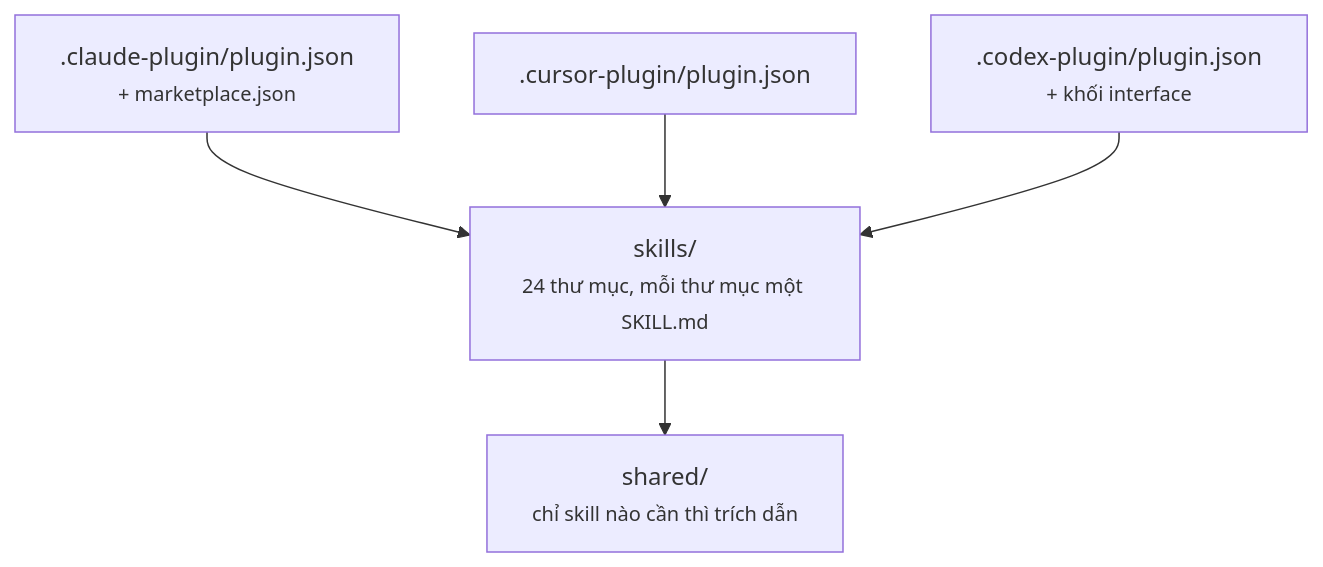
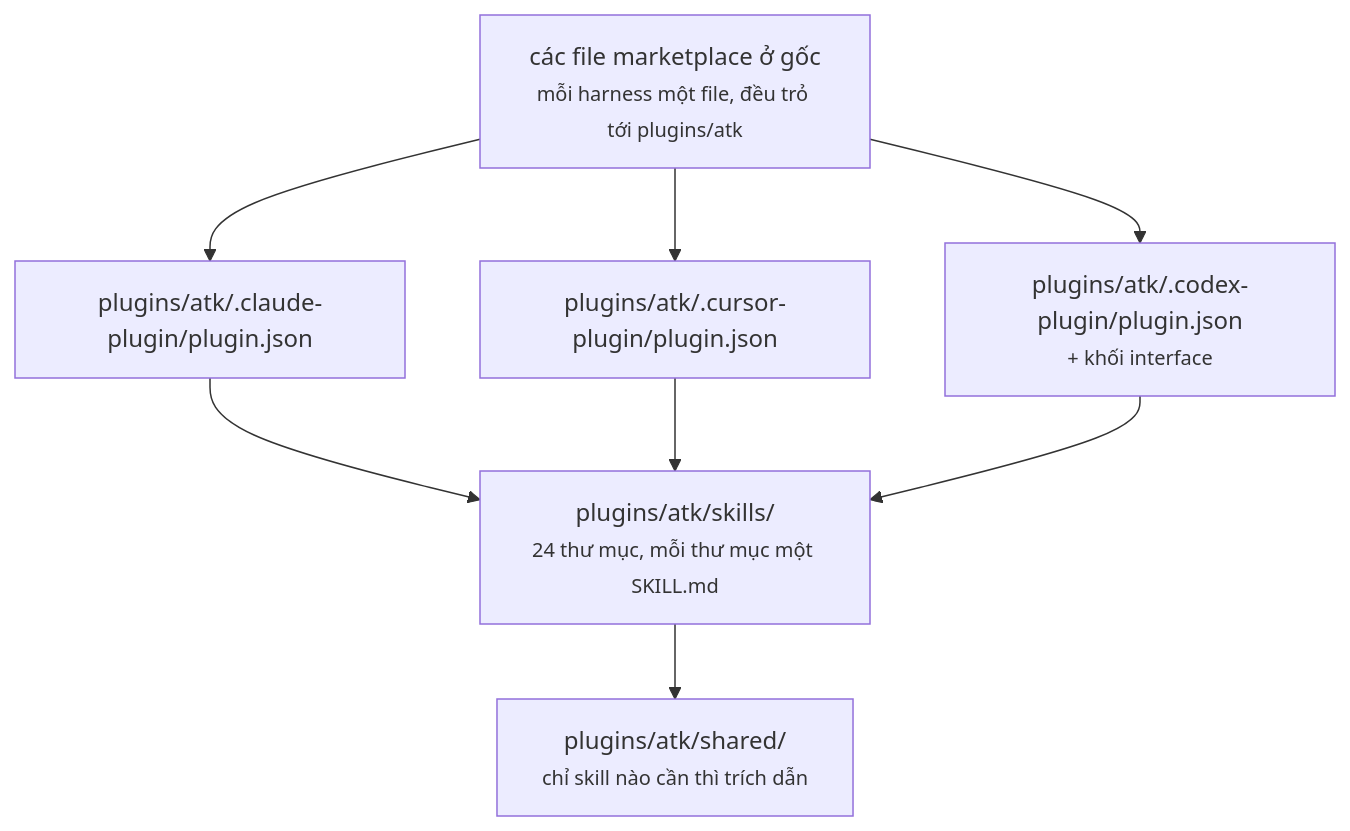
The first of 2 diagrams in docs/vi/system-architecture.md (lamngockhuong/aiteamkit), drawn with Mermaid before and after one commit. The commit also changed other lines of this file and 17 other files, not shown here.

First line of the commit message:
docs: describe the plugins/atk/ layout and follow its paths

````diff
--- a/docs/vi/system-architecture.md
+++ b/docs/vi/system-architecture.md
@@ -45,7 +57,10 @@
 ```mermaid
 flowchart TD
-    CP[".claude-plugin/plugin.json<br/><small>+ marketplace.json</small>"] --> SK["skills/<br/><small>24 thư mục, mỗi thư mục một SKILL.md</small>"]
-    UP[".cursor-plugin/plugin.json"] --> SK
-    XP[".codex-plugin/plugin.json<br/><small>+ khối interface</small>"] --> SK
-    SK --> SH["shared/<br/><small>chỉ skill nào cần thì trích dẫn</small>"]
+    MK["các file marketplace ở gốc<br/><small>mỗi harness một file, đều trỏ tới plugins/atk</small>"] --> CP
+    MK --> UP
+    MK --> XP
+    CP["plugins/atk/.claude-plugin/plugin.json"] --> SK["plugins/atk/skills/<br/><small>24 thư mục, mỗi thư mục một SKILL.md</small>"]
+    UP["plugins/atk/.cursor-plugin/plugin.json"] --> SK
+    XP["plugins/atk/.codex-plugin/plugin.json<br/><small>+ khối interface</small>"] --> SK
+    SK --> SH["plugins/atk/shared/<br/><small>chỉ skill nào cần thì trích dẫn</small>"]
 ```
````
